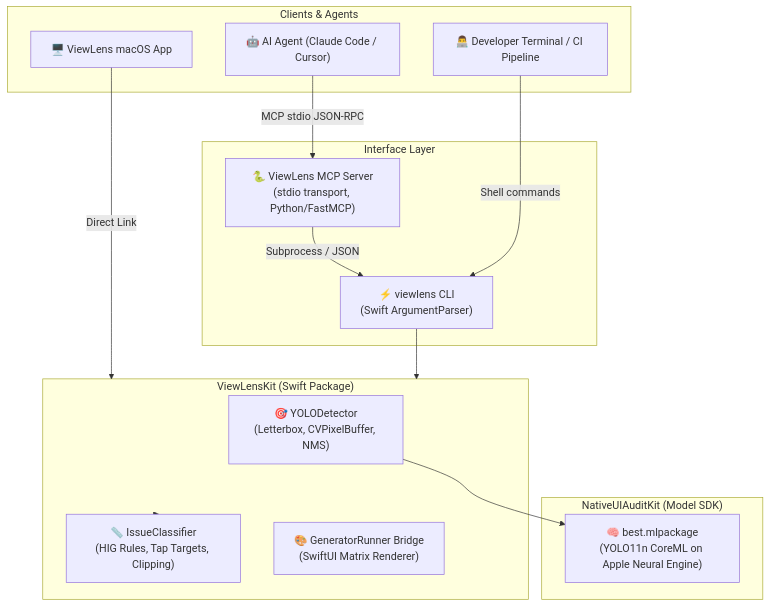
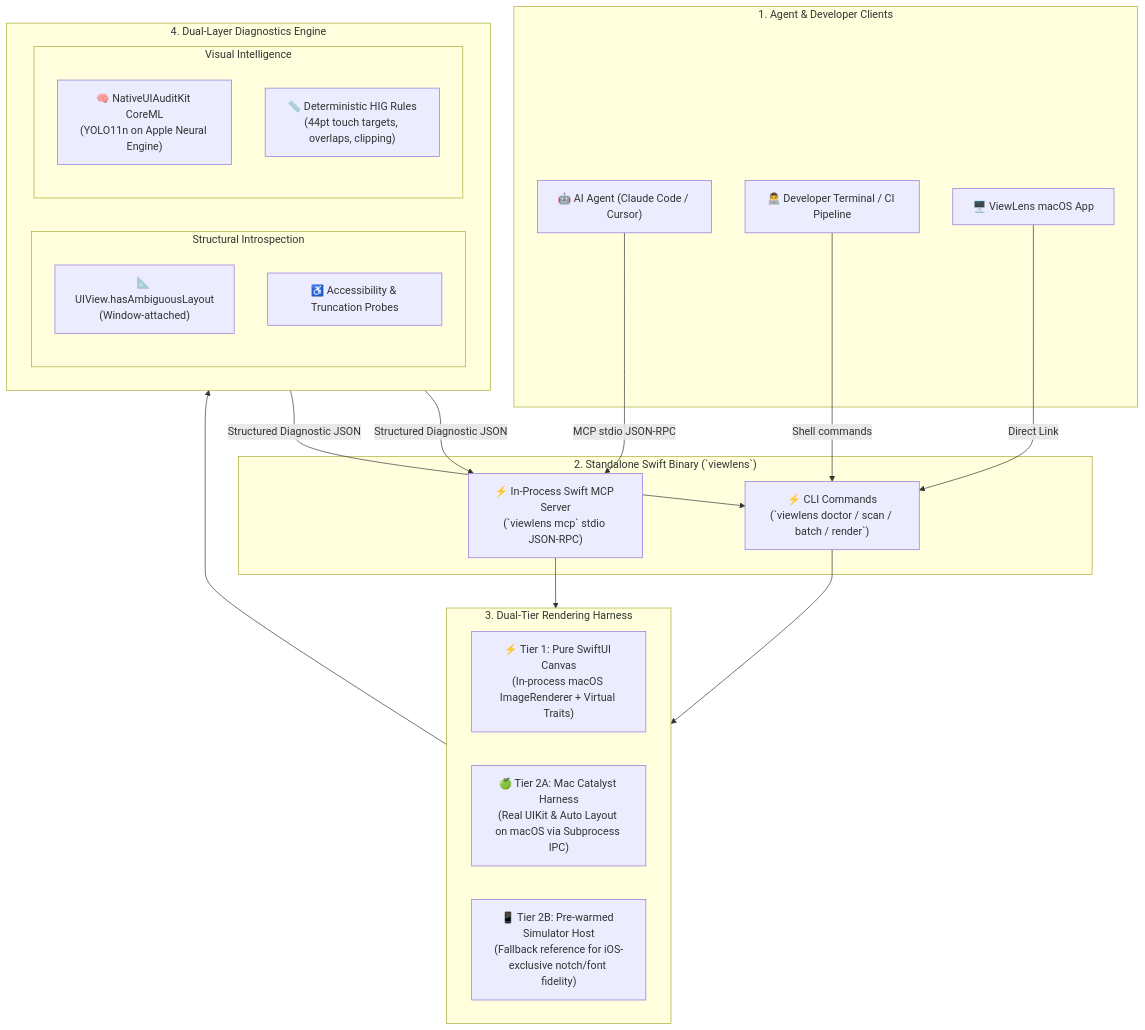
Before and after one commit to SerialForBreakfast/ViewLens: the diagram in README.md, drawn with Mermaid. The commit also changed other lines of this file and 35 other files, not shown here.

First line of the commit message:
# ViewLens Walkthrough: 100% Pure Swift CLI & MCP Server

````diff
--- a/README.md
+++ b/README.md
@@ -33,32 +40,41 @@
 ```mermaid
 flowchart TD
-    subgraph Clients["Clients & Agents"]
+    subgraph Clients["1. Agent & Developer Clients"]
         Agent["🤖 AI Agent (Claude Code / Cursor)"]
         Dev["👨‍💻 Developer Terminal / CI Pipeline"]
         MacApp["🖥️ ViewLens macOS App"]
     end
 
-    subgraph ServerLayer["Interface Layer"]
-        MCPServer["🐍 ViewLens MCP Server<br/>(stdio transport, Python/FastMCP)"]
-        CLI["⚡ viewlens CLI<br/>(Swift ArgumentParser)"]
+    subgraph NativeBinary["2. Standalone Swift Binary (`viewlens`)"]
+        MCPServer["⚡ In-Process Swift MCP Server<br/>(`viewlens mcp` stdio JSON-RPC)"]
+        CLI["⚡ CLI Commands<br/>(`viewlens doctor / scan / batch / render`)"]
     end
 
-    subgraph CoreEngine["ViewLensKit (Swift Package)"]
-        Detector["🎯 YOLODetector<br/>(Letterbox, CVPixelBuffer, NMS)"]
-        Classifier["📏 IssueClassifier<br/>(HIG Rules, Tap Targets, Clipping)"]
-        RendererBridge["🎨 GeneratorRunner Bridge<br/>(SwiftUI Matrix Renderer)"]
+    subgraph RenderingHarness["3. Dual-Tier Rendering Harness"]
+        T1["⚡ Tier 1: Pure SwiftUI Canvas<br/>(In-process macOS ImageRenderer + Virtual Traits)"]
+        T2A["🍏 Tier 2A: Mac Catalyst Harness<br/>(Real UIKit & Auto Layout on macOS via Subprocess IPC)"]
+        T2B["📱 Tier 2B: Pre-warmed Simulator Host<br/>(Fallback reference for iOS-exclusive notch/font fidelity)"]
     end
 
-    subgraph ModelSDK["NativeUIAuditKit (Model SDK)"]
-        CoreML["🧠 best.mlpackage<br/>(YOLO11n CoreML on Apple Neural Engine)"]
+    subgraph DualDiagnostics["4. Dual-Layer Diagnostics Engine"]
+        direction LR
+        subgraph Structural["Structural Introspection"]
+            AL["📐 UIView.hasAmbiguousLayout<br/>(Window-attached)"]
+            A11y["♿ Accessibility & Truncation Probes"]
+        end
+        subgraph VisionEngine["Visual Intelligence"]
+            CoreML["🧠 NativeUIAuditKit CoreML<br/>(YOLO11n on Apple Neural Engine)"]
+            HIGRules["📏 Deterministic HIG Rules<br/>(44pt touch targets, overlaps, clipping)"]
+        end
     end
 
     Agent -->|MCP stdio JSON-RPC| MCPServer
-    MCPServer -->|Subprocess / JSON| CLI
     Dev -->|Shell commands| CLI
-    MacApp -->|Direct Link| CoreEngine
+    MacApp -->|Direct Link| CLI
 
-    CLI --> CoreEngine
-    Detector --> CoreML
-    CoreEngine --> Classifier
+    MCPServer --> RenderingHarness
+    CLI --> RenderingHarness
+    RenderingHarness --> DualDiagnostics
+    DualDiagnostics -->|Structured Diagnostic JSON| MCPServer
+    DualDiagnostics -->|Structured Diagnostic JSON| CLI
 ```
````
